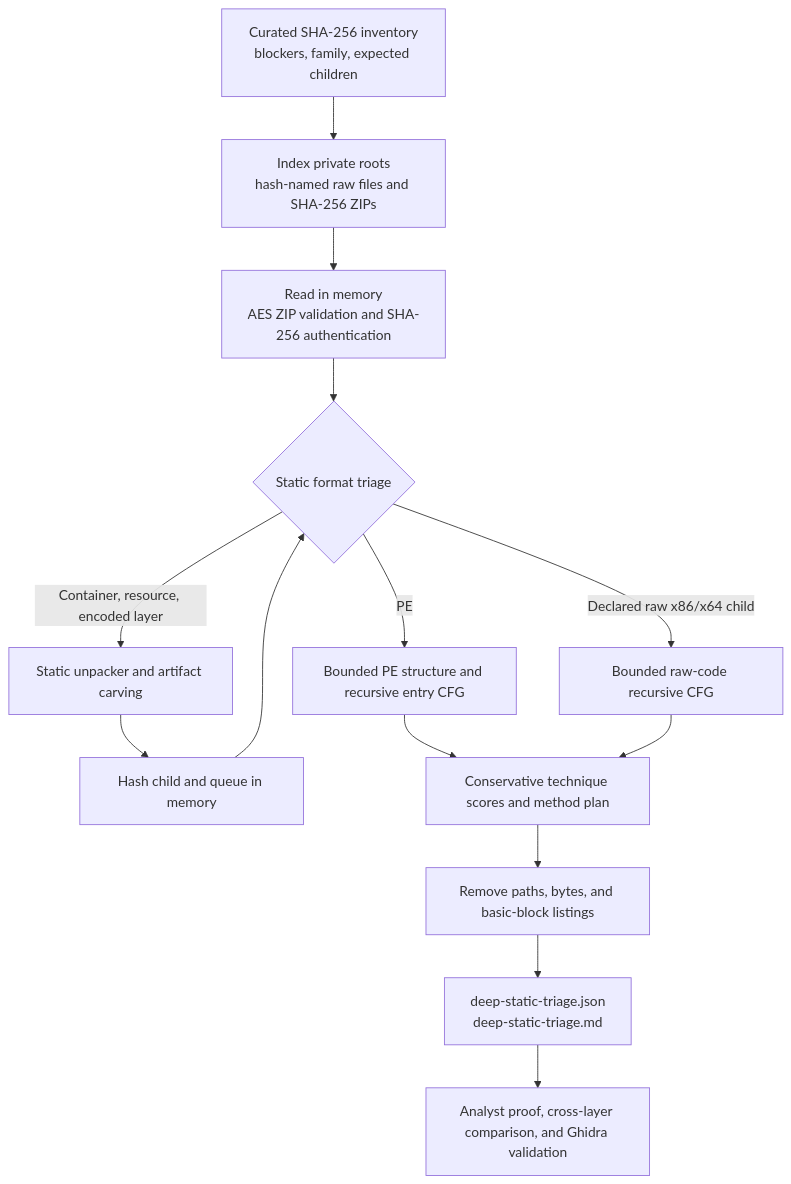
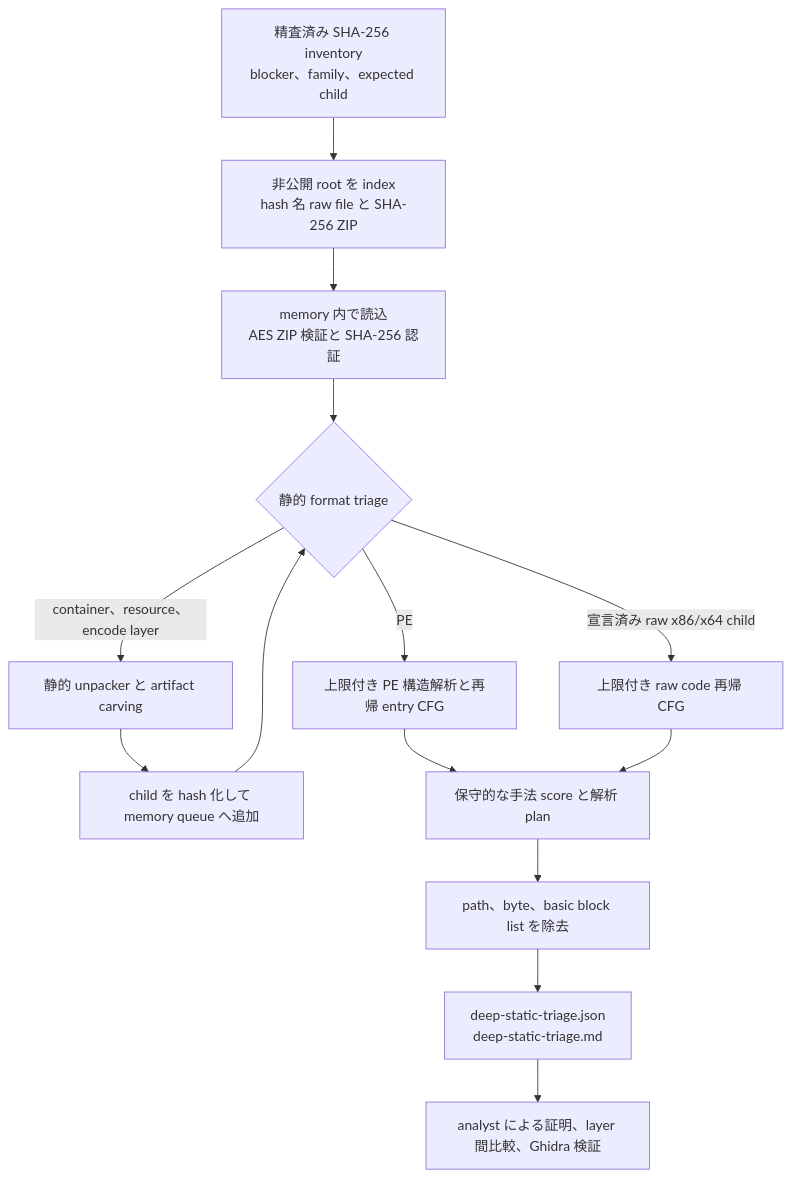
One commit to proshiba/AI-security-analysis changed the diagram in analysis-framework/docs/DEEP-STATIC-ANALYSIS.md. Above: the diagram before and after it, drawn with Mermaid. The commit also changed other lines of this file and 4408 other files, not shown here.

````diff
--- a/analysis-framework/docs/DEEP-STATIC-ANALYSIS.md
+++ b/analysis-framework/docs/DEEP-STATIC-ANALYSIS.md
@@ -98,16 +50,16 @@
 ```mermaid
 flowchart TD
-    INV["Curated SHA-256 inventory<br/>blockers, family, expected children"] --> IDX["Index private roots<br/>hash-named raw files and SHA-256 ZIPs"]
-    IDX --> AUTH["Read in memory<br/>AES ZIP validation and SHA-256 authentication"]
-    AUTH --> FORMAT{"Static format triage"}
-    FORMAT -->|"PE"| PE["Bounded PE structure and recursive entry CFG"]
-    FORMAT -->|"Declared raw x86/x64 child"| RAW["Bounded raw-code recursive CFG"]
-    FORMAT -->|"Container, resource, encoded layer"| UNPACK["Static unpacker and artifact carving"]
-    UNPACK --> CHILD["Hash child and queue in memory"]
+    INV["精査済み SHA-256 inventory<br/>blocker、family、expected child"] --> IDX["非公開 root を index<br/>hash 名 raw file と SHA-256 ZIP"]
+    IDX --> AUTH["memory 内で読込<br/>AES ZIP 検証と SHA-256 認証"]
+    AUTH --> FORMAT{"静的 format triage"}
+    FORMAT -->|"PE"| PE["上限付き PE 構造解析と再帰 entry CFG"]
+    FORMAT -->|"宣言済み raw x86/x64 child"| RAW["上限付き raw code 再帰 CFG"]
+    FORMAT -->|"container、resource、encode layer"| UNPACK["静的 unpacker と artifact carving"]
+    UNPACK --> CHILD["child を hash 化して memory queue へ追加"]
     CHILD --> FORMAT
-    PE --> ASSESS["Conservative technique scores and method plan"]
+    PE --> ASSESS["保守的な手法 score と解析 plan"]
     RAW --> ASSESS
-    ASSESS --> SAN["Remove paths, bytes, and basic-block listings"]
+    ASSESS --> SAN["path、byte、basic block list を除去"]
     SAN --> PUB["deep-static-triage.json<br/>deep-static-triage.md"]
-    PUB --> REVIEW["Analyst proof, cross-layer comparison, and Ghidra validation"]
+    PUB --> REVIEW["analyst による証明、layer 間比較、Ghidra 検証"]
 ```
````
